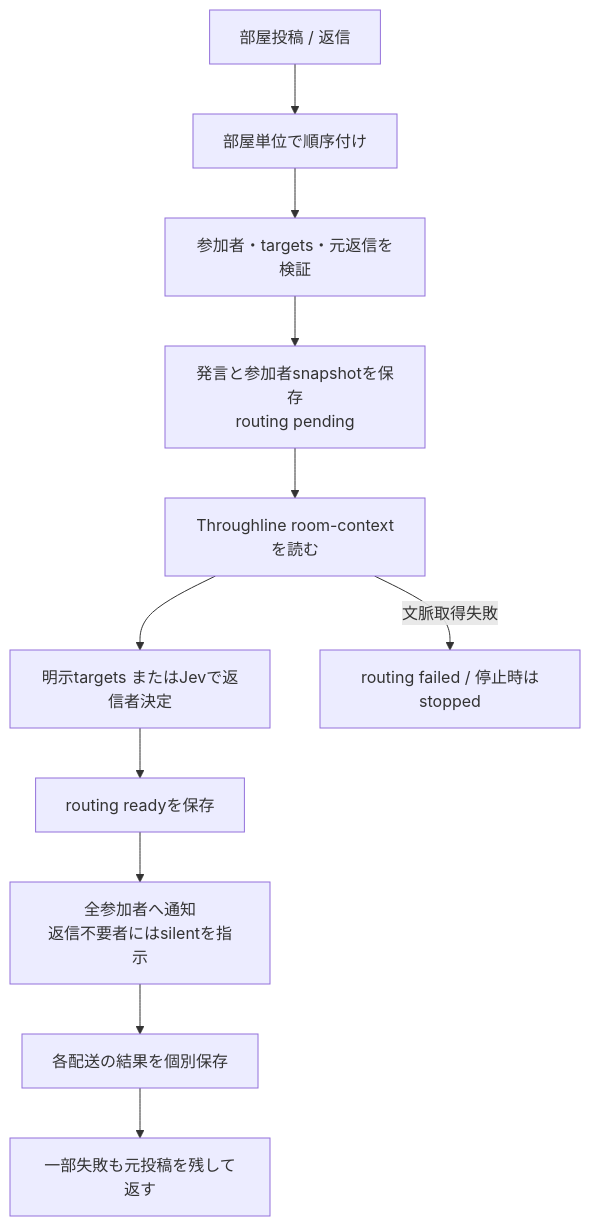
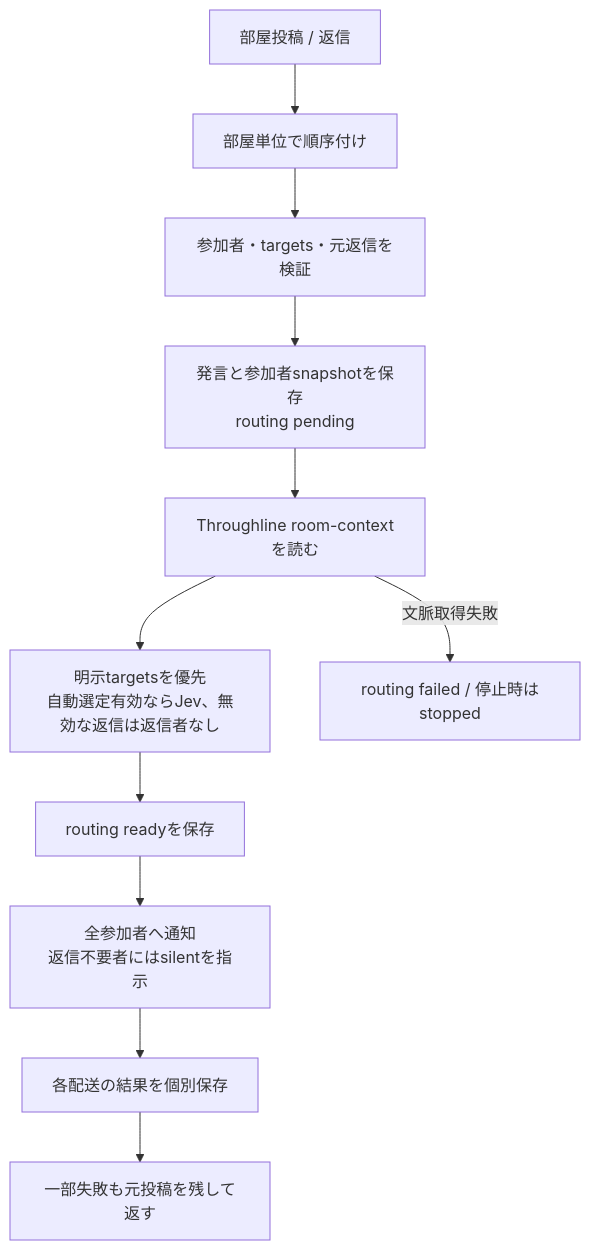
The second of 2 diagrams in docs/architecture/modules/conversation/delivery.md (kitepon/BellTeam), drawn with Mermaid before and after one commit. The commit also changed other lines of this file and 1 other file, not shown here.

Commit message:
docs(conversation): clarify optional room routing and reply delivery

````diff
--- a/docs/architecture/modules/conversation/delivery.md
+++ b/docs/architecture/modules/conversation/delivery.md
@@ -44,13 +44,13 @@
 ```mermaid
 flowchart TD
   Post["部屋投稿 / 返信"] --> Serial["部屋単位で順序付け"]
   Serial --> Check["参加者・targets・元返信を検証"]
   Check --> Save["発言と参加者snapshotを保存<br/>routing pending"]
   Save --> Context["Throughline room-contextを読む"]
-  Context --> Routing["明示targets またはJevで返信者決定"]
+  Context --> Routing["明示targetsを優先<br/>自動選定有効ならJev、無効な返信は返信者なし"]
   Routing --> Ready["routing readyを保存"]
   Ready --> Notify["全参加者へ通知<br/>返信不要者にはsilentを指示"]
   Notify --> Results["各配送の結果を個別保存"]
   Results --> Return["一部失敗も元投稿を残して返す"]
   Context -->|"文脈取得失敗"| Failed["routing failed / 停止時はstopped"]
 ```
````
